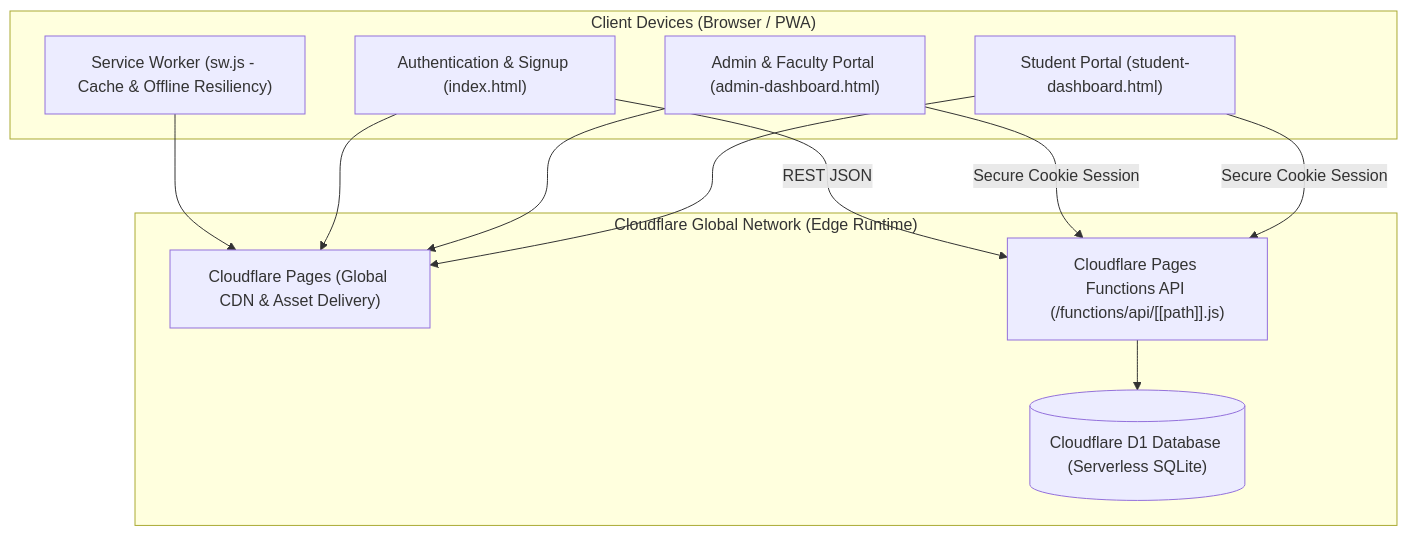
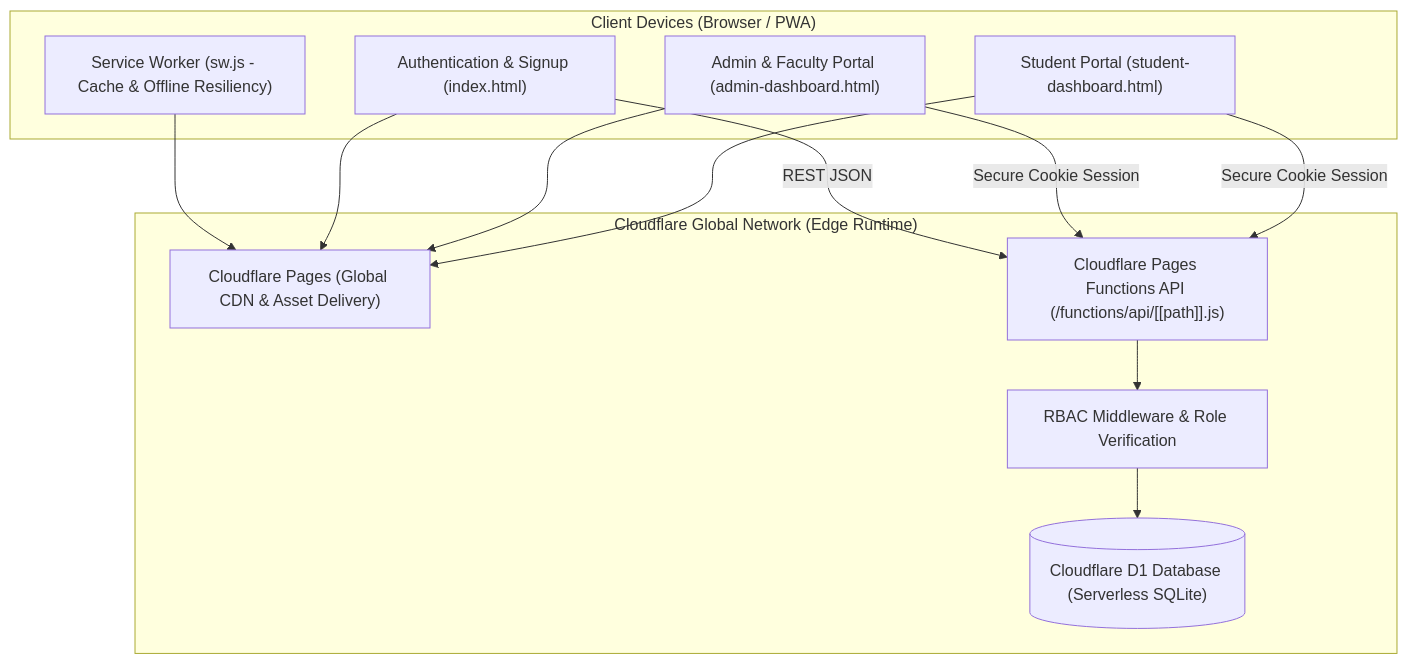
Before and after one commit to intelQong/Loomis-LMS: the diagram in README.md, drawn with Mermaid. The commit also changed other lines of this file and 1 other file, not shown here.

Commit message:
docs: highlight edge SaaS architecture and RBAC permissions matrix

````diff
--- a/README.md
+++ b/README.md
@@ -55,26 +85,28 @@
 ```mermaid
 flowchart TD
     subgraph Client ["Client Devices (Browser / PWA)"]
         UI_Student["Student Portal (student-dashboard.html)"]
         UI_Admin["Admin & Faculty Portal (admin-dashboard.html)"]
         UI_Auth["Authentication & Signup (index.html)"]
         SW["Service Worker (sw.js - Cache & Offline Resiliency)"]
     end
 
     subgraph Edge ["Cloudflare Global Network (Edge Runtime)"]
         Pages["Cloudflare Pages (Global CDN & Asset Delivery)"]
         API["Cloudflare Pages Functions API (/functions/api/[[path]].js)"]
+        RBAC["RBAC Middleware & Role Verification"]
         D1[("Cloudflare D1 Database (Serverless SQLite)")]
     end
 
     UI_Student --> Pages
     UI_Admin --> Pages
     UI_Auth --> Pages
     SW --> Pages
 
     UI_Student -- "Secure Cookie Session" --> API
     UI_Admin -- "Secure Cookie Session" --> API
     UI_Auth -- "REST JSON" --> API
 
-    API --> D1
+    API --> RBAC
+    RBAC --> D1
 ```
````
